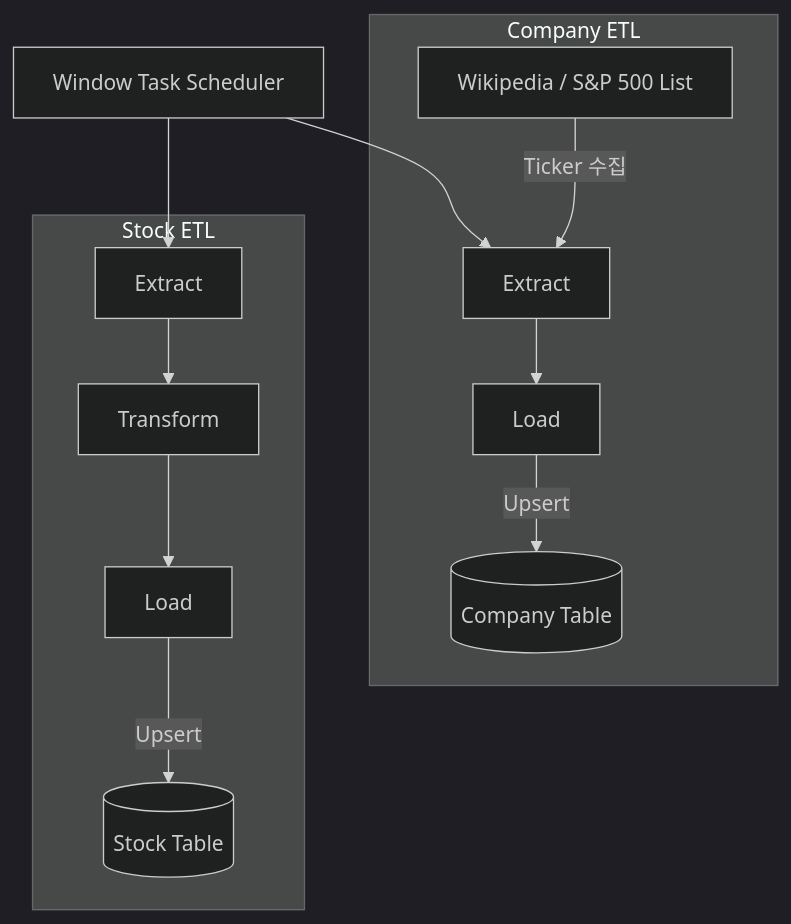
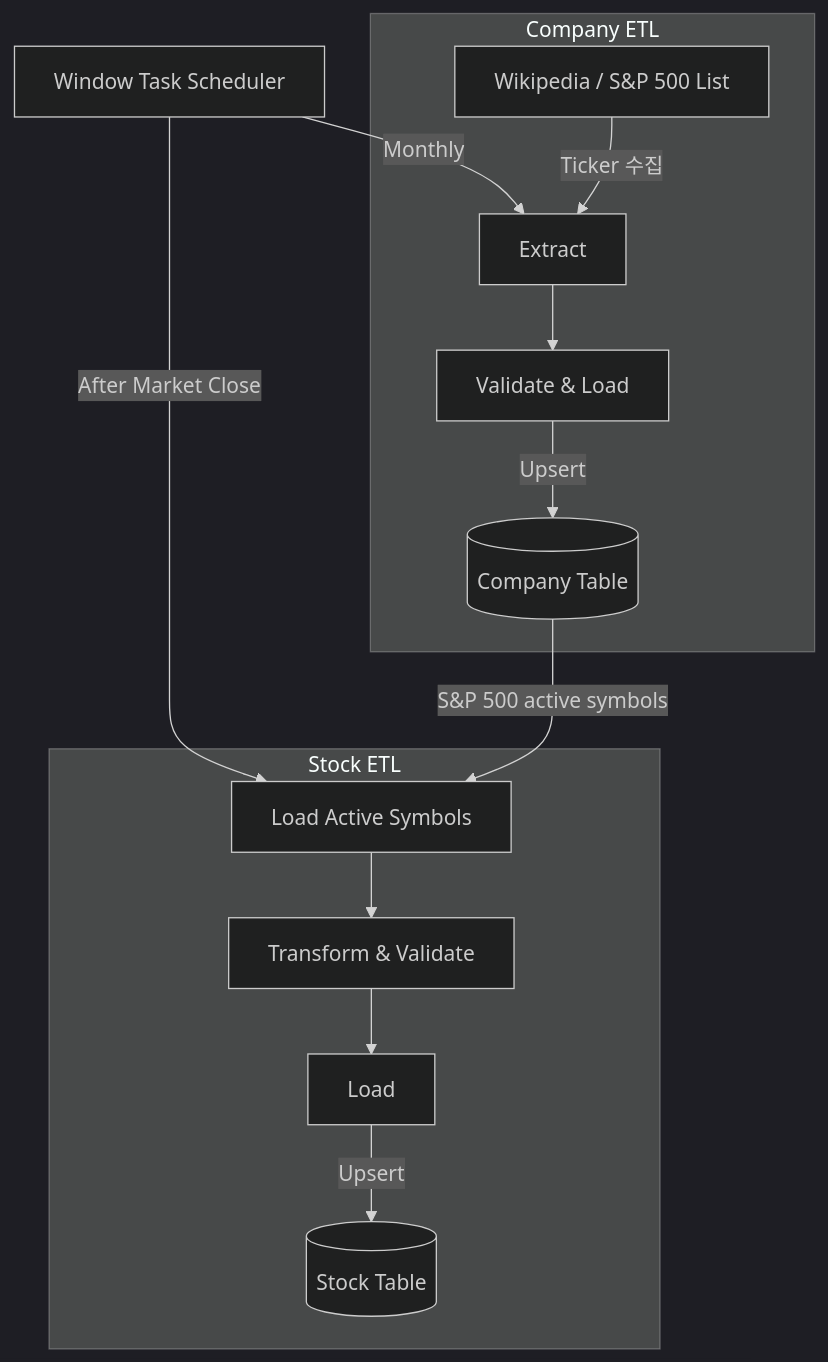
The diagram in README.md (wnjseo/stock-data-pipeline), drawn with Mermaid (dark theme) before and after one commit.

````diff
--- a/README.md
+++ b/README.md
@@ -28,15 +28,16 @@
 ```mermaid
 flowchart TD
-    W[Window Task Scheduler] --> E1[Extract]
-    W --> E2[Extract]
+    W[Window Task Scheduler] --> |Monthly| E1[Extract]
+    W --> |After Market Close| E2[Extract]
     subgraph Company ETL
         Wiki[Wikipedia / S&P 500 List] --> |Ticker 수집| E1
-        E1 --> L1[Load]
+        E1 --> L1[Validate & Load]
         L1 --> |Upsert| DB1[(Company Table)]
     end
     subgraph Stock ETL
-        E2 --> T[Transform]
+        DB1 --> |S&P 500 active symbols| E2[Load Active Symbols]
+        E2 --> T[Transform & Validate]
         T --> L2[Load] 
         L2 --> |Upsert| DB2[(Stock Table)]
     end
 ```
````
